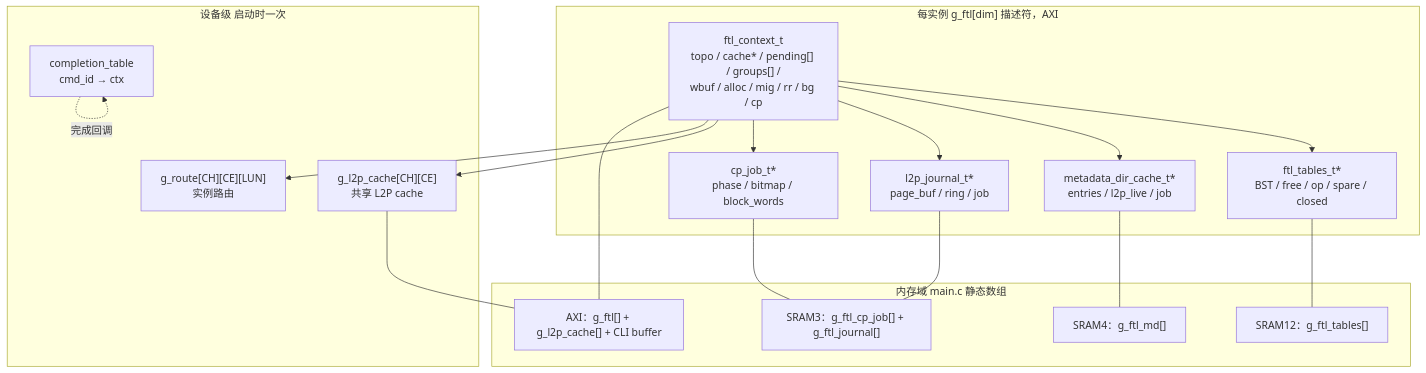
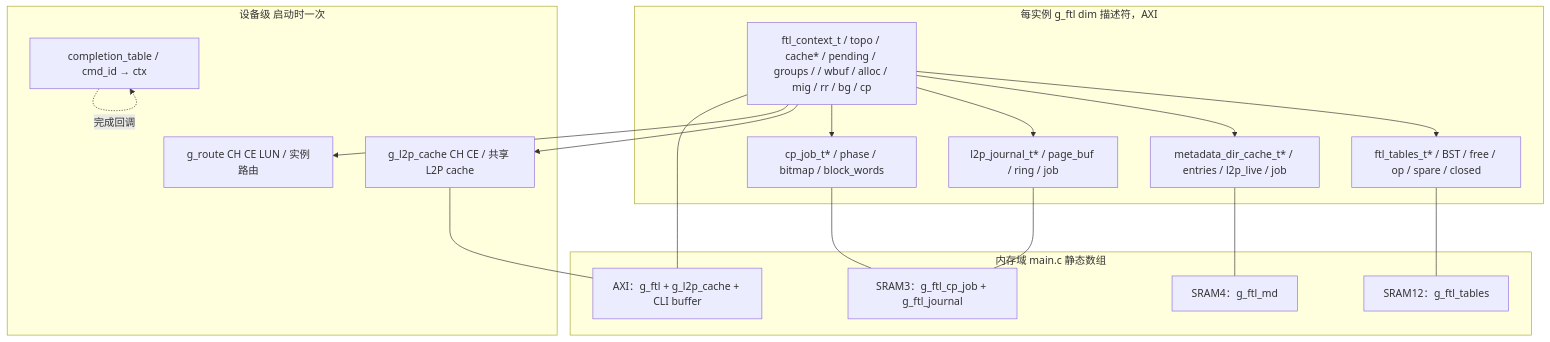
Diagram 28 of 28 in docs/design/ftl_design.md (YzYMIAO/BASESSD), drawn with Mermaid before and after one commit. The commit also changed other lines of this file, not shown here.

First line of the commit message:
docs(ftl): 修复 6 张 stateDiagram 的围栏粘连

````diff
--- a/docs/design/ftl_design.md
+++ b/docs/design/ftl_design.md
@@ -3180,37 +3180,37 @@
 ```mermaid
 flowchart TB
-    subgraph GLOBAL["设备级 启动时一次 "]
-        ROUTE["g_route[CH][CE][LUN]<br/>实例路由"]
-        CT["completion_table<br/>cmd_id → ctx"]
-        LC["g_l2p_cache[CH][CE]<br/>共享 L2P cache"]
+    subgraph GLOBAL["设备级 启动时一次"]
+        ROUTE["g_route CH CE LUN / 实例路由"]
+        CT["completion_table / cmd_id → ctx"]
+        LC["g_l2p_cache CH CE / 共享 L2P cache"]
     end
 
-    subgraph INST["每实例 g_ftl[dim] 描述符，AXI "]
-        CTX["ftl_context_t<br/>topo / cache* / pending[] / groups[] /<br/>wbuf / alloc / mig / rr / bg / cp"]
-        TAB["ftl_tables_t*<br/>BST / free / op / spare / closed"]
-        MD["metadata_dir_cache_t*<br/>entries / l2p_live / job"]
-        JRN["l2p_journal_t*<br/>page_buf / ring / job"]
-        CPJ["cp_job_t*<br/>phase / bitmap / block_words"]
+    subgraph INST["每实例 g_ftl dim 描述符，AXI"]
+        CTX["ftl_context_t / topo / cache* / pending / groups / / wbuf / alloc / mig / rr / bg / cp"]
+        TAB["ftl_tables_t* / BST / free / op / spare / closed"]
+        MD["metadata_dir_cache_t* / entries / l2p_live / job"]
+        JRN["l2p_journal_t* / page_buf / ring / job"]
+        CPJ["cp_job_t* / phase / bitmap / block_words"]
     end
 
-    subgraph DOMAIN["内存域 main.c 静态数组 "]
-        D12["SRAM12：g_ftl_tables[]"]
-        D3["SRAM3：g_ftl_cp_job[] + g_ftl_journal[]"]
-        D4["SRAM4：g_ftl_md[]"]
-        AX["AXI：g_ftl[] + g_l2p_cache[] + CLI buffer"]
+    subgraph DOMAIN["内存域 main.c 静态数组"]
+        D12["SRAM12：g_ftl_tables"]
+        D3["SRAM3：g_ftl_cp_job + g_ftl_journal"]
+        D4["SRAM4：g_ftl_md"]
+        AX["AXI：g_ftl + g_l2p_cache + CLI buffer"]
     end
 
     CTX --> TAB
     CTX --> MD
     CTX --> JRN
     CTX --> CPJ
     CTX --> LC
     CTX --> ROUTE
     CT -. "完成回调" .-> CT
     TAB --- D12
     CPJ --- D3
     JRN --- D3
     MD --- D4
     CTX --- AX
     LC --- AX
 ```
````
